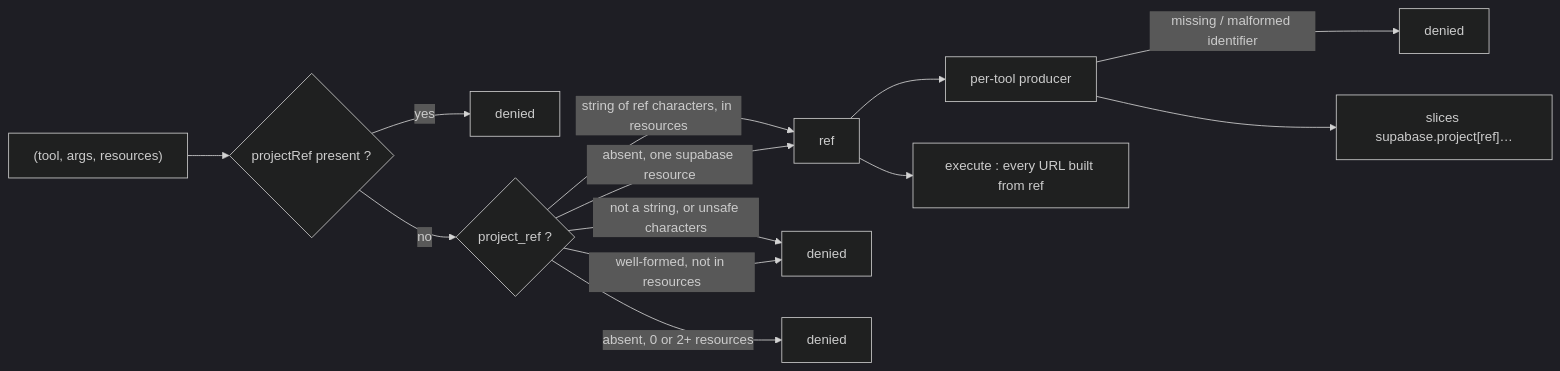
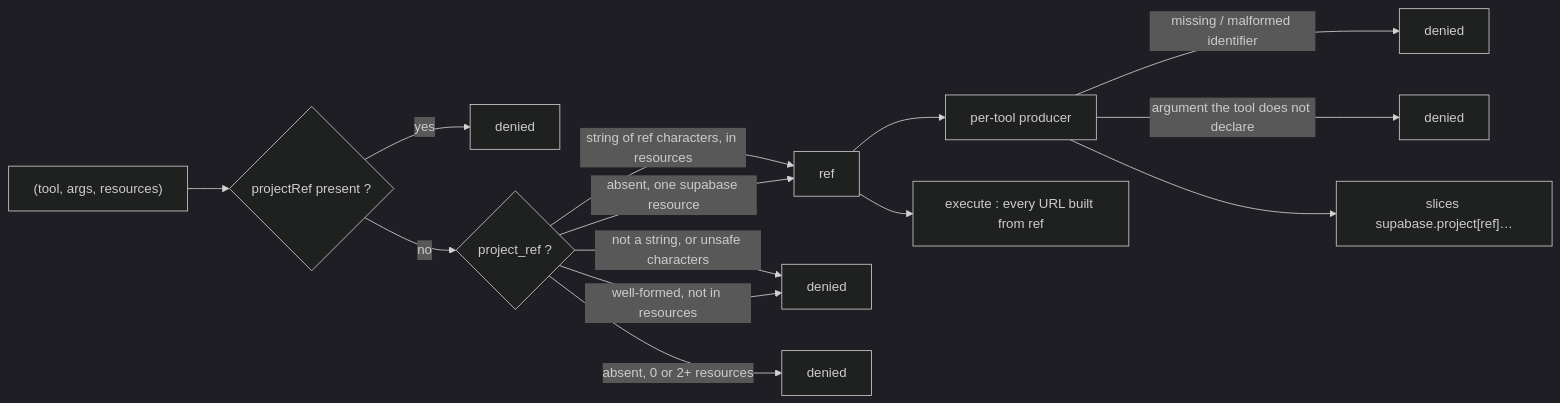
One commit to vaubaan/gateway changed the diagram in docs/handbook/providers/supabase.md. Above: the diagram before and after it, drawn with Mermaid (dark theme). The commit also changed other lines of this file and 59 other files, not shown here.

````diff
--- a/docs/handbook/providers/supabase.md
+++ b/docs/handbook/providers/supabase.md
@@ -38,15 +41,16 @@
 ```mermaid
 flowchart LR
   args["(tool, args, resources)"] --> alias{projectRef present ?}
   alias -->|yes| d0[denied]
   alias -->|no| ref{project_ref ?}
   ref -->|"string of ref characters, in resources"| ok[ref]
   ref -->|"not a string, or unsafe characters"| d1[denied]
   ref -->|"well-formed, not in resources"| d1
   ref -->|"absent, one supabase resource"| ok
   ref -->|"absent, 0 or 2+ resources"| d2[denied]
   ok --> prod["per-tool producer"]
   prod -->|"missing / malformed identifier"| d3[denied]
+  prod -->|"argument the tool does not declare"| d4[denied]
   prod --> slices["slices supabase.project[ref]…"]
   ok --> exec["execute : every URL built from ref"]
 ```
````
